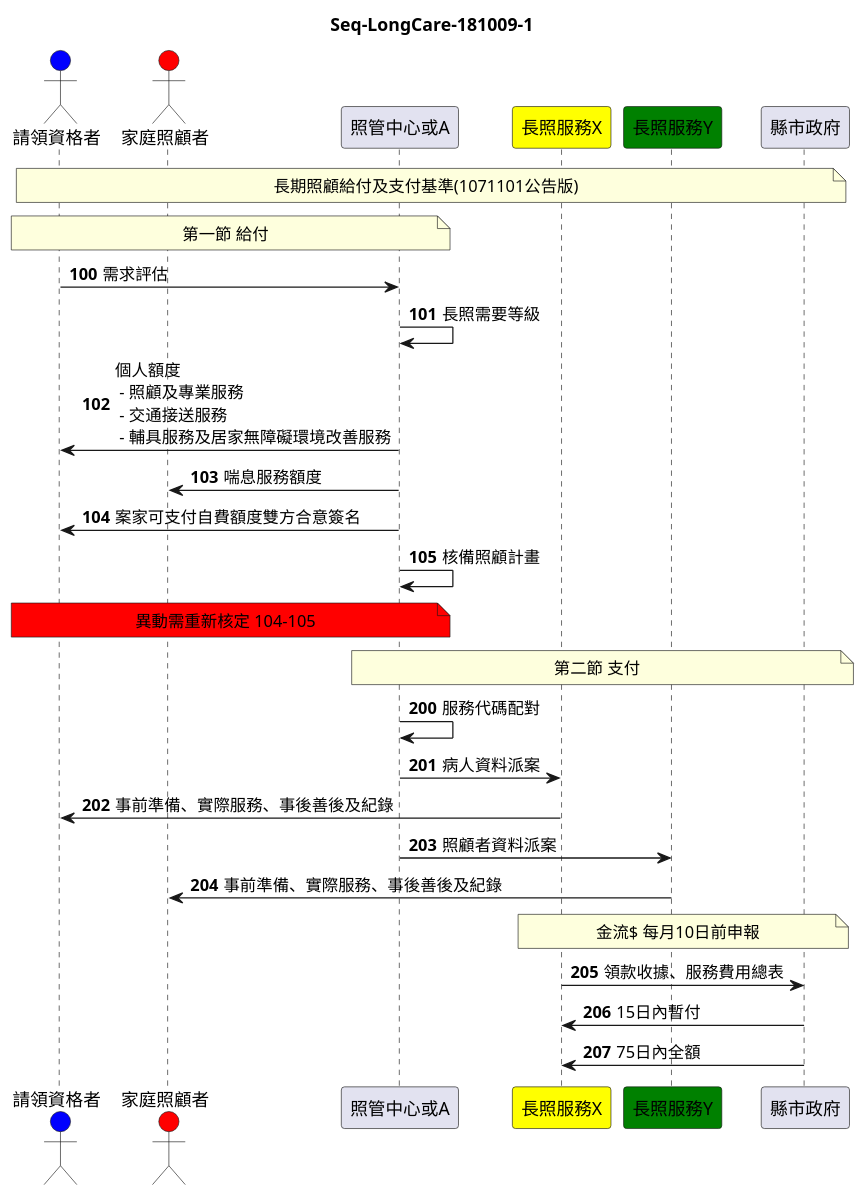
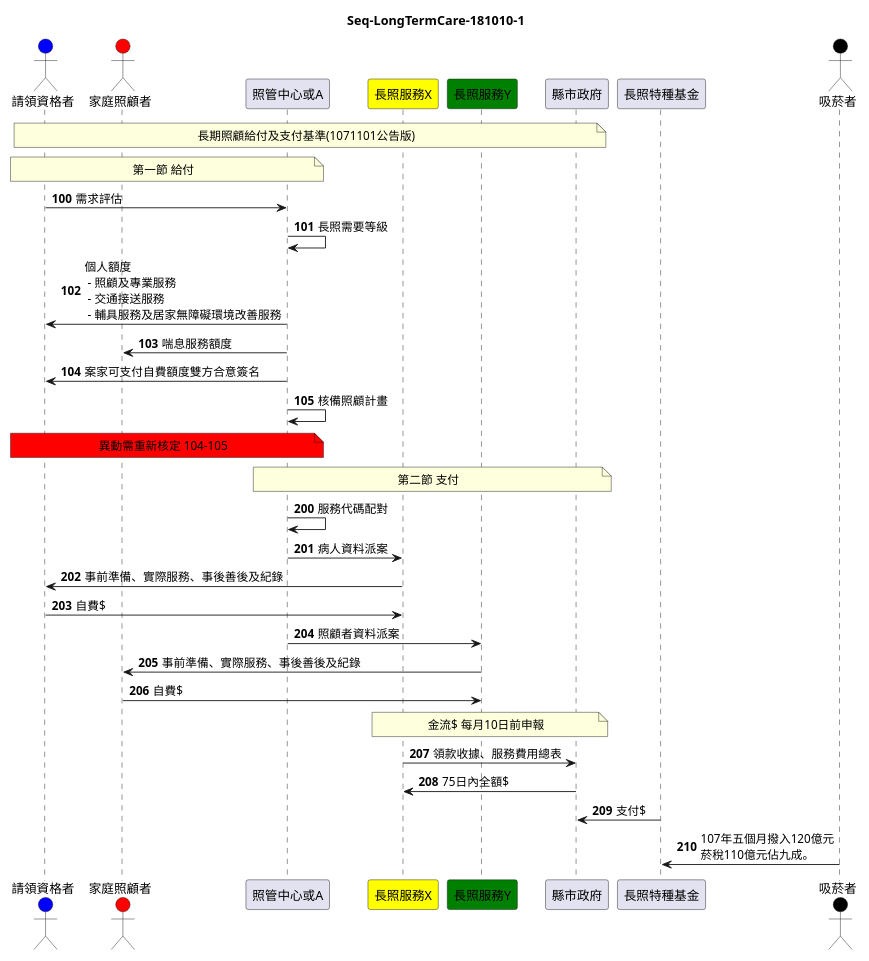
Before and after one commit to OpenHCOS/radio-to-broadcast: the diagram in incubators/smart-longcare/seq.longcare.puml, drawn with PlantUML. The commit also changed 1 other file, not shown here.

Commit message:
new longterm care sequence diagram

```diff
--- a/incubators/smart-longcare/seq.longcare.puml
+++ b/incubators/smart-longcare/seq.longcare.puml
@@ -1,34 +1,36 @@
 @startuml
-title Seq-LongCare-181009-1
-' 修正「長期照顧（照顧服務、專業服務、交通接送服務、輔具服務及居家無障礙環境改善服務）給付及支付基準」，並自107年11月1日起施行。- 衛生福利部 https://www.mohw.gov.tw/cp-3763-44235-1.html
-' 長期照顧給付及支付基準(1071101公告版).pdf
-' 直轄市、縣(市)政府辦理長期照顧服務提供者特約簽訂及費用支付作業要點
+title Seq-LongTermCare-181010-1
 scale 800 width
 actor 請領資格者 as Alice #blue
 actor 家庭照顧者 as Bob #red
 participant 照管中心或A as CM
 participant 長照服務X as COA #yellow
 participant 長照服務Y as COB #green
 participant 縣市政府 as GOV
+participant  長照特種基金 as FUND
+actor 吸菸者 as SMOKER #black
 autonumber 100
 note over Alice, GOV : 長期照顧給付及支付基準(1071101公告版)
 note over Alice, CM : 第一節 給付
 Alice -> CM : 需求評估
 CM -> CM : 長照需要等級
 CM -> Alice : 個人額度\n - 照顧及專業服務\n - 交通接送服務\n - 輔具服務及居家無障礙環境改善服務
 CM -> Bob : 喘息服務額度
 CM -> Alice : 案家可支付自費額度雙方合意簽名
 CM -> CM : 核備照顧計畫
 note over Alice, CM #red : 異動需重新核定 104-105
 note over CM, GOV : 第二節 支付
 autonumber 200
 CM -> CM : 服務代碼配對
 CM -> COA : 病人資料派案
 COA -> Alice : 事前準備、實際服務、事後善後及紀錄
+Alice -> COA : 自費$
 CM -> COB : 照顧者資料派案
 COB -> Bob : 事前準備、實際服務、事後善後及紀錄
+Bob -> COB : 自費$
 note over COA, GOV : 金流$ 每月10日前申報
 COA -> GOV : 領款收據、服務費用總表
-GOV -> COA : 15日內暫付
-GOV -> COA : 75日內全額
+GOV -> COA : 75日內全額$
+FUND ->GOV : 支付$
+SMOKER -> FUND : 107年五個月撥入120億元\n菸稅110億元佔九成。
 @enduml
```
